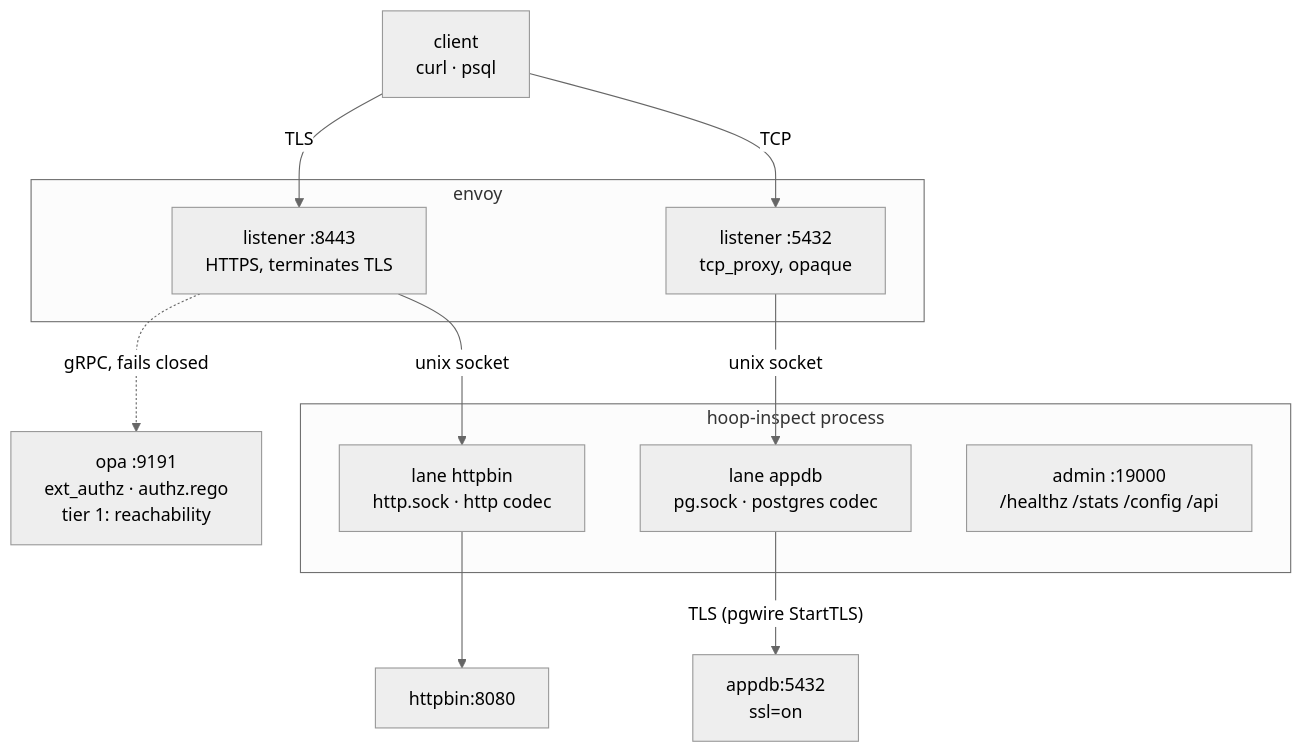
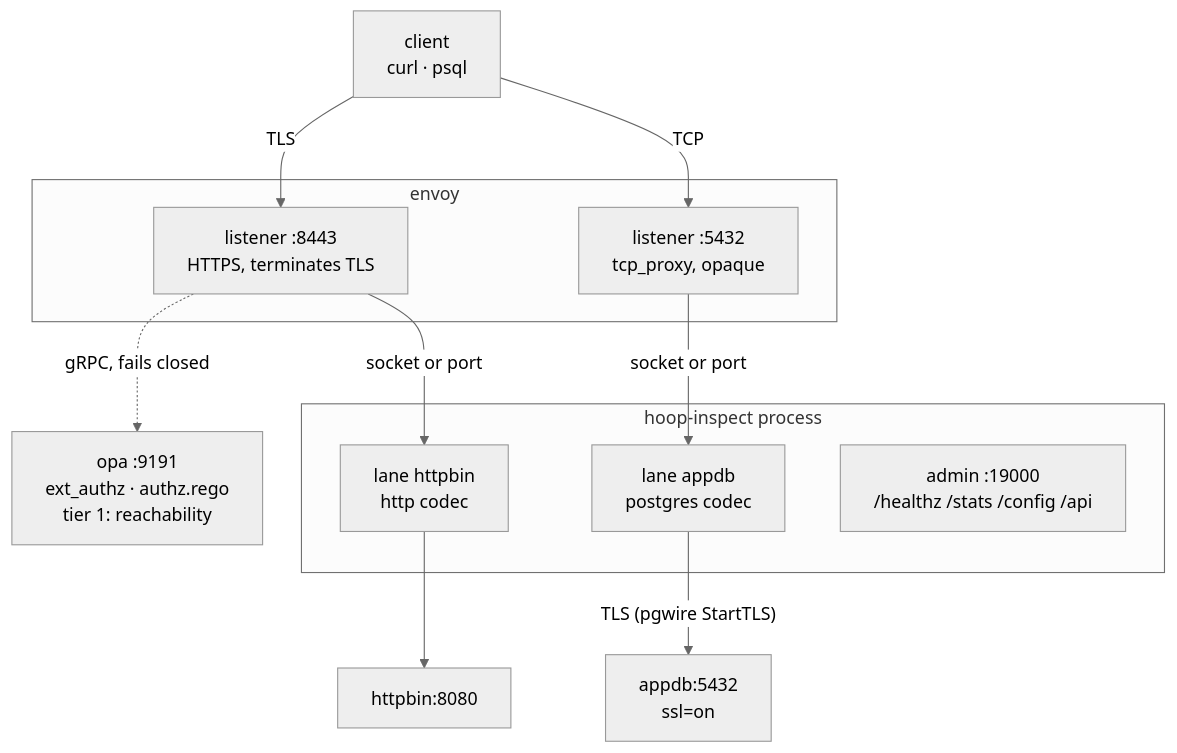
The first of 4 diagrams in setup/configuration/hoop-inspect/components.mdx (hoophq/documentation), drawn with Mermaid (neutral theme) before and after one commit. The commit also changed other lines of this file and 2 other files, not shown here.

````diff
--- a/setup/configuration/hoop-inspect/components.mdx
+++ b/setup/configuration/hoop-inspect/components.mdx
@@ -18,26 +18,26 @@
 ```mermaid
 flowchart TB
     C["client<br/>curl · psql"]
 
     subgraph envoy["envoy"]
       L8443["listener :8443<br/>HTTPS, terminates TLS"]
       L5432["listener :5432<br/>tcp_proxy, opaque"]
     end
 
     OPA["opa :9191<br/>ext_authz · authz.rego<br/>tier 1: reachability"]
 
     subgraph si["hoop-inspect process"]
-      LH["lane httpbin<br/>http.sock · http codec"]
-      LP["lane appdb<br/>pg.sock · postgres codec"]
+      LH["lane httpbin<br/>http codec"]
+      LP["lane appdb<br/>postgres codec"]
       ADM["admin :19000<br/>/healthz /stats /config /api"]
     end
 
     H["httpbin:8080"]
     D["appdb:5432<br/>ssl=on"]
 
     C -- TLS --> L8443
     C -- TCP --> L5432
     L8443 -. "gRPC, fails closed" .-> OPA
-    L8443 -- "unix socket" --> LH --> H
-    L5432 -- "unix socket" --> LP -- "TLS (pgwire StartTLS)" --> D
+    L8443 -- "socket or port" --> LH --> H
+    L5432 -- "socket or port" --> LP -- "TLS (pgwire StartTLS)" --> D
 ```
````
